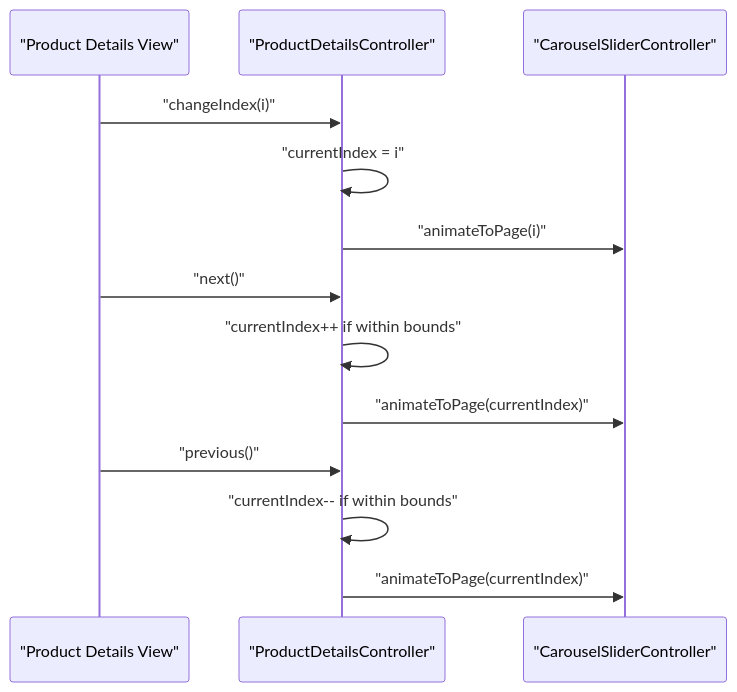
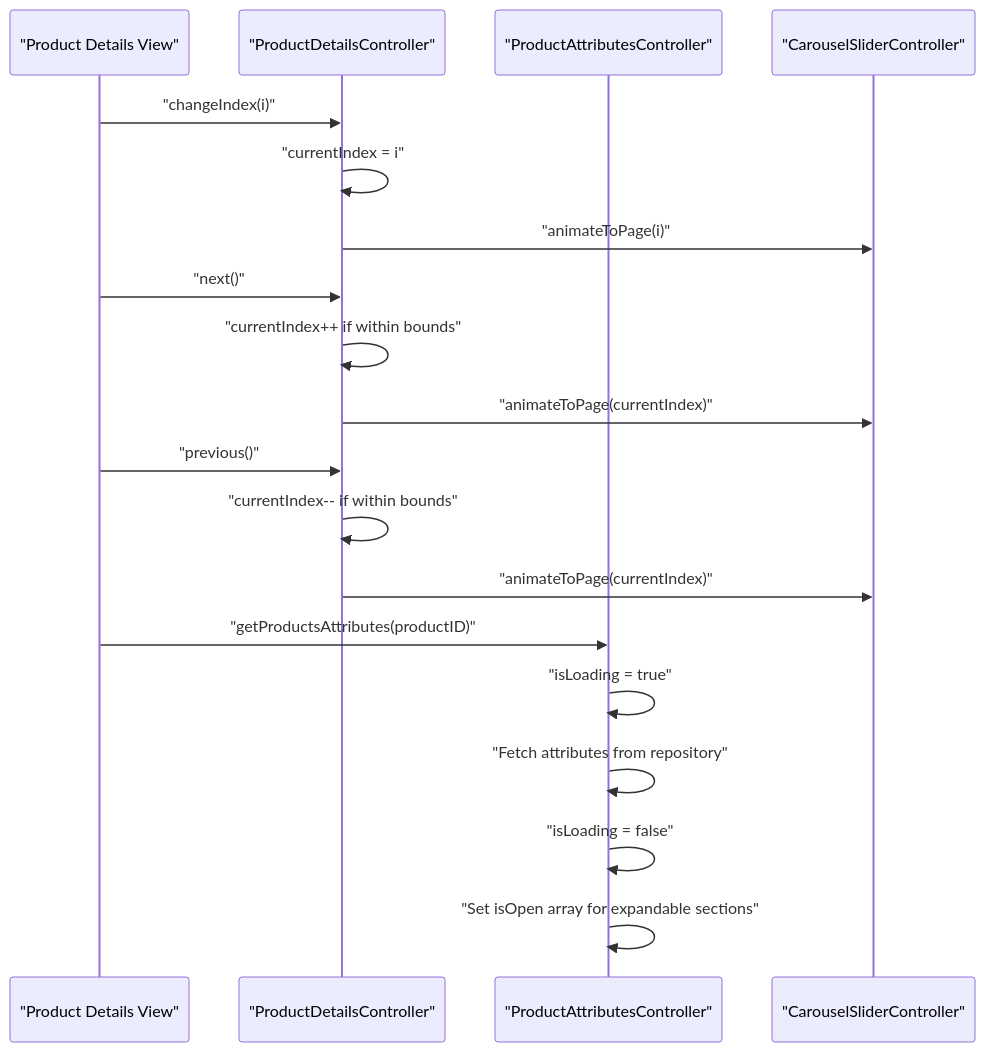
Before and after one commit to Ariful3111/FurniGo: the sixth of 15 diagrams in .qoder/repowiki/en/content/Core Features/E-commerce Platform/E-commerce Platform.md, drawn with Mermaid. The commit also changed other lines of this file and 13 other files, not shown here.

````diff
--- a/.qoder/repowiki/en/content/Core Features/E-commerce Platform/E-commerce Platform.md
+++ b/.qoder/repowiki/en/content/Core Features/E-commerce Platform/E-commerce Platform.md
@@ -308,15 +475,21 @@
 ```mermaid
 sequenceDiagram
 participant View as "Product Details View"
 participant Ctrl as "ProductDetailsController"
+participant AttrCtrl as "ProductAttributesController"
 participant Carousel as "CarouselSliderController"
 View->>Ctrl : "changeIndex(i)"
 Ctrl->>Ctrl : "currentIndex = i"
 Ctrl->>Carousel : "animateToPage(i)"
 View->>Ctrl : "next()"
 Ctrl->>Ctrl : "currentIndex++ if within bounds"
 Ctrl->>Carousel : "animateToPage(currentIndex)"
 View->>Ctrl : "previous()"
 Ctrl->>Ctrl : "currentIndex-- if within bounds"
 Ctrl->>Carousel : "animateToPage(currentIndex)"
+View->>AttrCtrl : "getProductsAttributes(productID)"
+AttrCtrl->>AttrCtrl : "isLoading = true"
+AttrCtrl->>AttrCtrl : "Fetch attributes from repository"
+AttrCtrl->>AttrCtrl : "isLoading = false"
+AttrCtrl->>AttrCtrl : "Set isOpen array for expandable sections"
 ```
````
